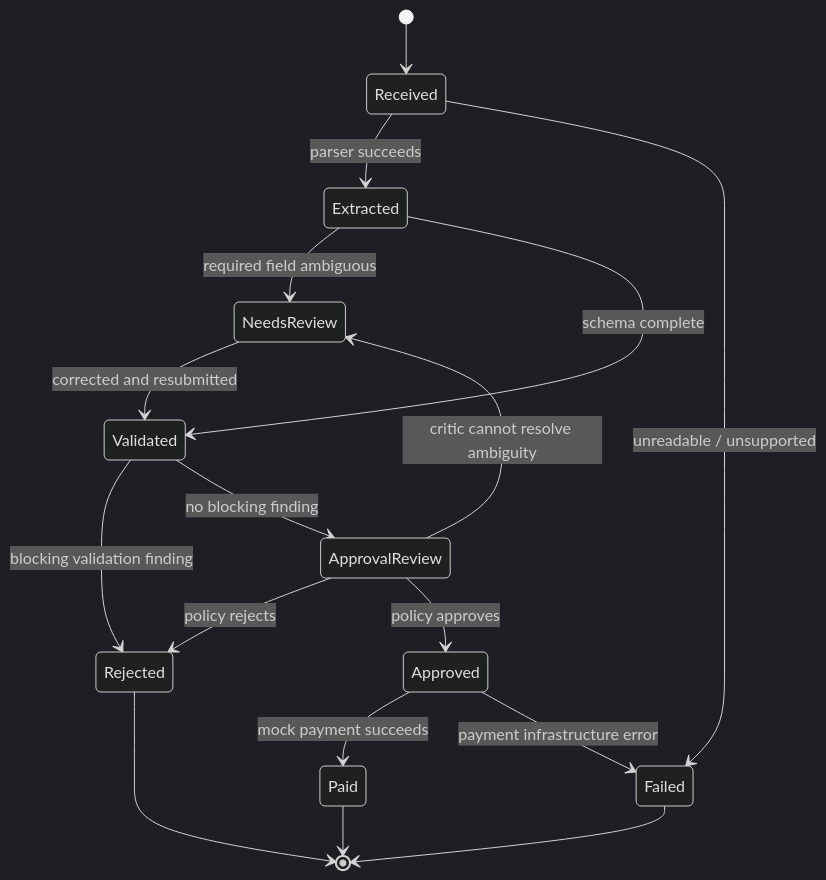
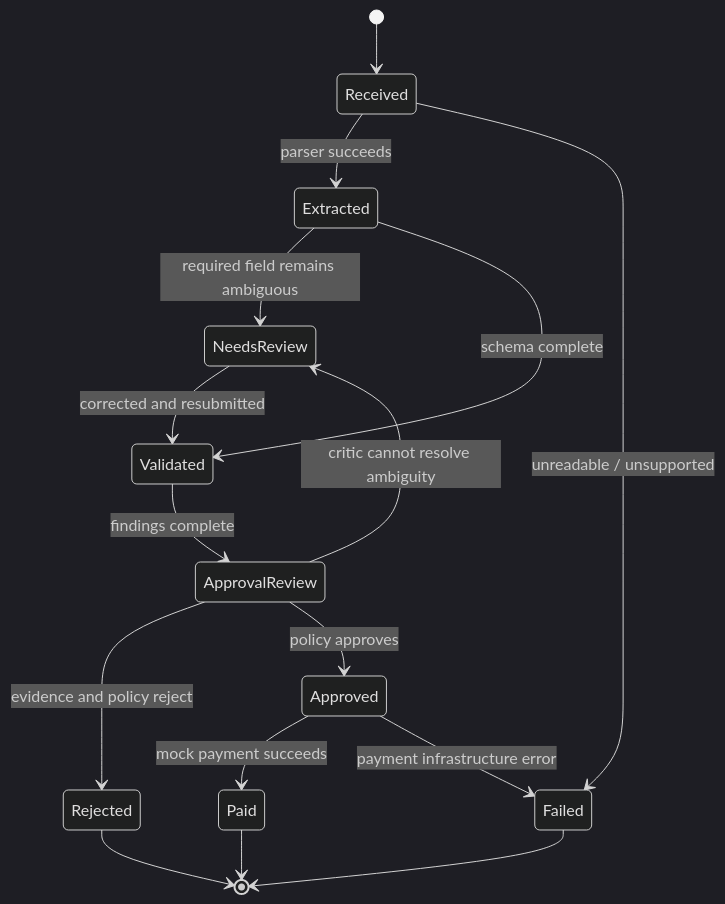
The third of 4 diagrams in docs/target-architecture.md (ConnorRussi/galatiq-case-invoices), drawn with Mermaid (dark theme) before and after one commit. The commit also changed other lines of this file and 39 other files, not shown here.

Commit message:
first round of integration needs more review on laptop

````diff
--- a/docs/target-architecture.md
+++ b/docs/target-architecture.md
@@ -119,19 +155,18 @@
 ```mermaid
 stateDiagram-v2
     [*] --> Received
     Received --> Extracted: parser succeeds
     Received --> Failed: unreadable / unsupported
-    Extracted --> NeedsReview: required field ambiguous
+    Extracted --> NeedsReview: required field remains ambiguous
     Extracted --> Validated: schema complete
-    Validated --> Rejected: blocking validation finding
-    Validated --> ApprovalReview: no blocking finding
+    Validated --> ApprovalReview: findings complete
     ApprovalReview --> NeedsReview: critic cannot resolve ambiguity
-    ApprovalReview --> Rejected: policy rejects
+    ApprovalReview --> Rejected: evidence and policy reject
     ApprovalReview --> Approved: policy approves
     Approved --> Paid: mock payment succeeds
     Approved --> Failed: payment infrastructure error
     NeedsReview --> Validated: corrected and resubmitted
     Paid --> [*]
     Rejected --> [*]
     Failed --> [*]
 ```
````
